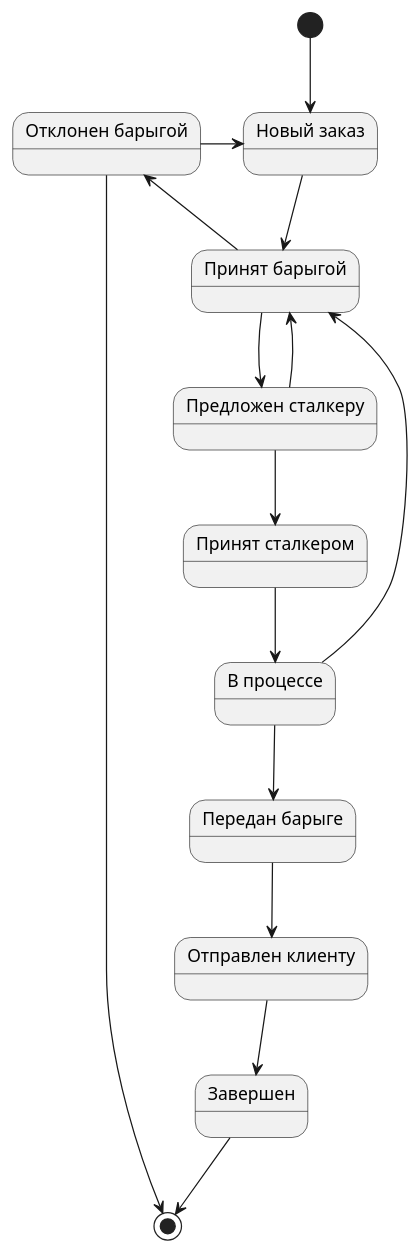
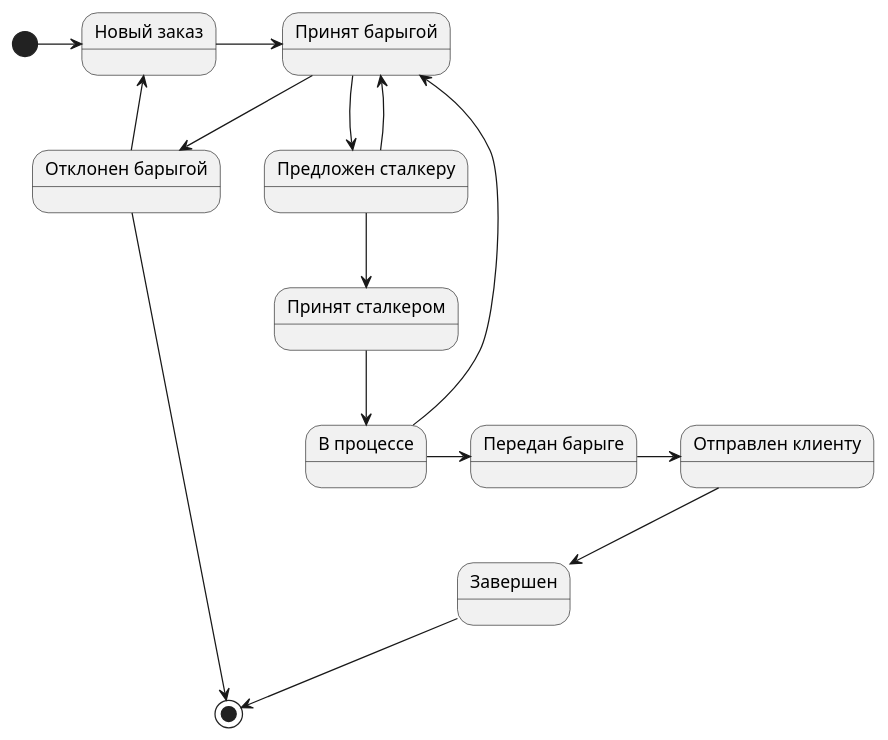
The diagram in use-case-view/state_machine_abstact.puml (avdosev/itmo-software-diagrams), drawn with PlantUML before and after one commit.

Commit message:
fix positioning

```diff
--- a/use-case-view/state_machine_abstact.puml
+++ b/use-case-view/state_machine_abstact.puml
@@ -1,27 +1,27 @@
 @startuml
 
 
 state "Новый заказ" as NewOrder
 state "Принят барыгой" as AcceptedByHuckster
 state "Предложен сталкеру" as SuggestedToStalker
 state "Принят сталкером" as AcceptedByStalker
 state "В процессе" as InProgress
 state "Передан барыге" as TransferredToHuckster
 state "Отправлен клиенту" as Sent
 state "Завершен" as Completed
 state "Отклонен барыгой" as Canceled
-[*] --> NewOrder
-NewOrder--> AcceptedByHuckster
+[*] -right-> NewOrder
+NewOrder-right-> AcceptedByHuckster
 AcceptedByHuckster --> SuggestedToStalker
 SuggestedToStalker --> AcceptedByStalker
 SuggestedToStalker --> AcceptedByHuckster
 AcceptedByHuckster --> Canceled
 Canceled -> NewOrder
 AcceptedByStalker --> InProgress
-InProgress --> TransferredToHuckster
+InProgress -right-> TransferredToHuckster
 InProgress --> AcceptedByHuckster
-TransferredToHuckster --> Sent
+TransferredToHuckster -right-> Sent
 Sent --> Completed
 Completed --> [*]
 Canceled --> [*]
 @enduml
```
